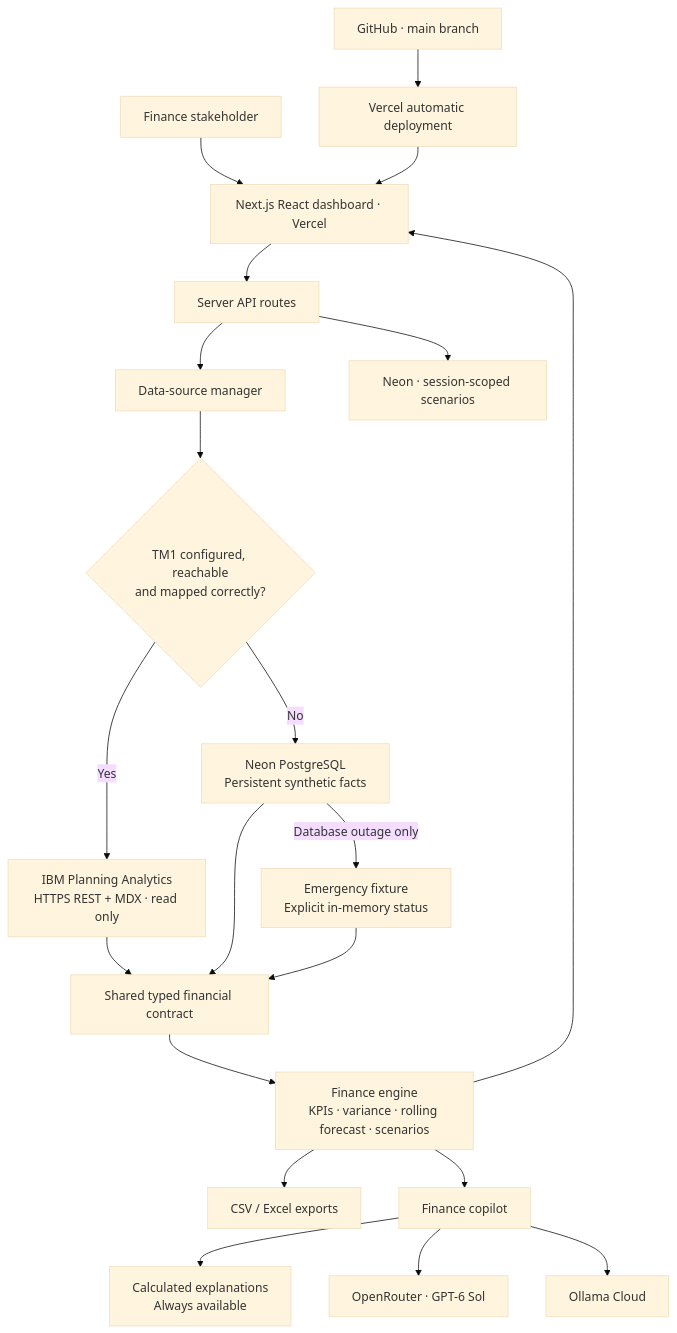
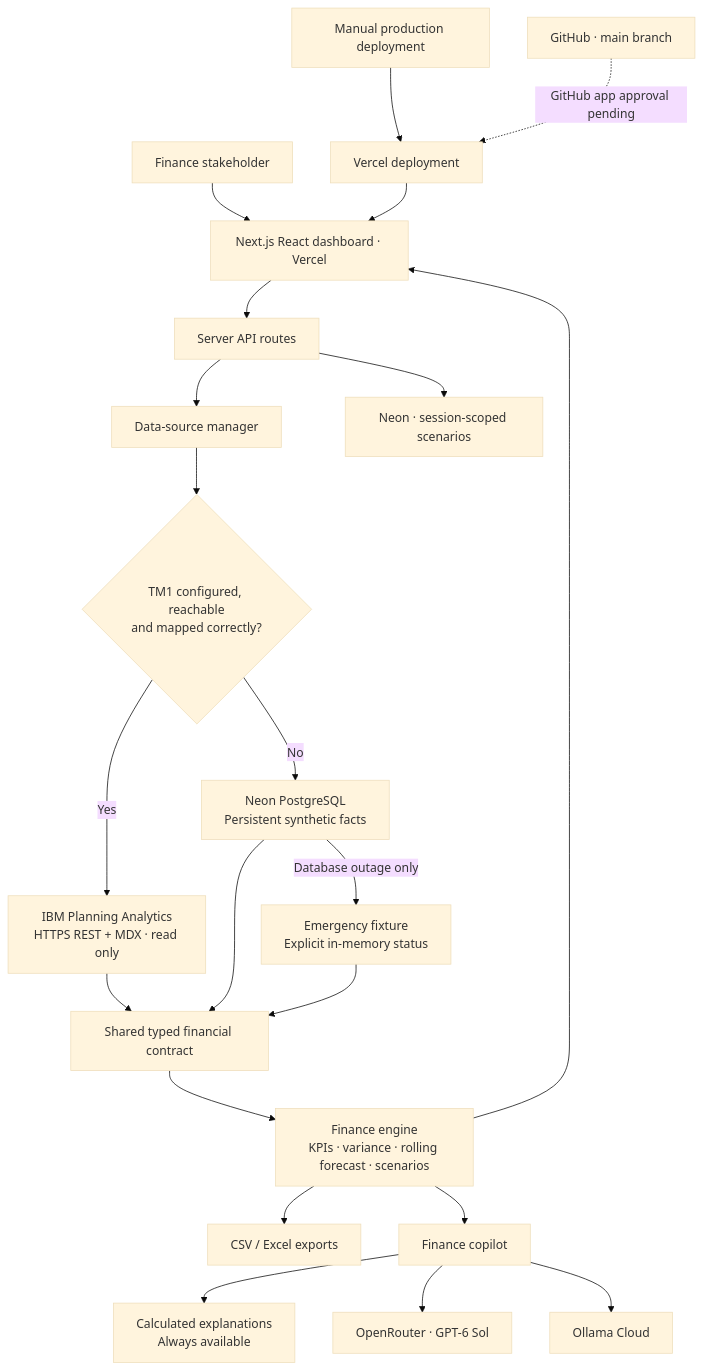
One commit to sohampatra3/talentplan-tm1 changed the first of 3 diagrams in README.md. Above: the diagram before and after it, drawn with Mermaid (base theme). The commit also changed other lines of this file and 10 other files, not shown here.

````diff
--- a/README.md
+++ b/README.md
@@ -28,23 +28,24 @@
 ```mermaid
 flowchart TD
     U[Finance stakeholder] --> W[Next.js React dashboard · Vercel]
     W --> API[Server API routes]
     API --> M[Data-source manager]
     M --> C{TM1 configured, reachable\nand mapped correctly?}
     C -->|Yes| T[IBM Planning Analytics\nHTTPS REST + MDX · read only]
     C -->|No| N[Neon PostgreSQL\nPersistent synthetic facts]
     N -->|Database outage only| E[Emergency fixture\nExplicit in-memory status]
     T --> F[Shared typed financial contract]
     N --> F
     E --> F
     F --> B[Finance engine\nKPIs · variance · rolling forecast · scenarios]
     B --> W
     B --> X[CSV / Excel exports]
     B --> AI[Finance copilot]
     AI --> D[Calculated explanations\nAlways available]
     AI --> OR[OpenRouter · GPT-6 Sol]
     AI --> OC[Ollama Cloud]
     API --> S[Neon · session-scoped scenarios]
-    GH[GitHub · main branch] --> V[Vercel automatic deployment]
+    CLI[Manual production deployment] --> V[Vercel deployment]
+    GH[GitHub · main branch] -.->|GitHub app approval pending| V
     V --> W
 ```
````
